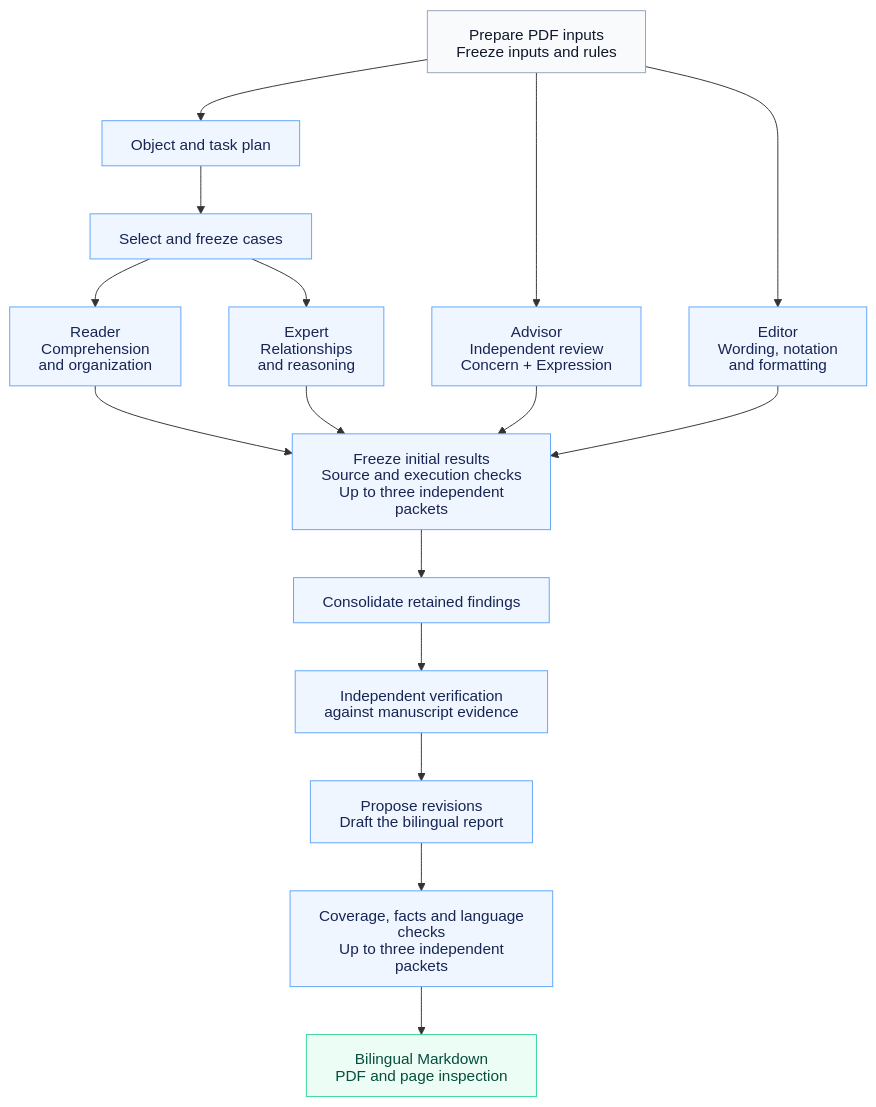
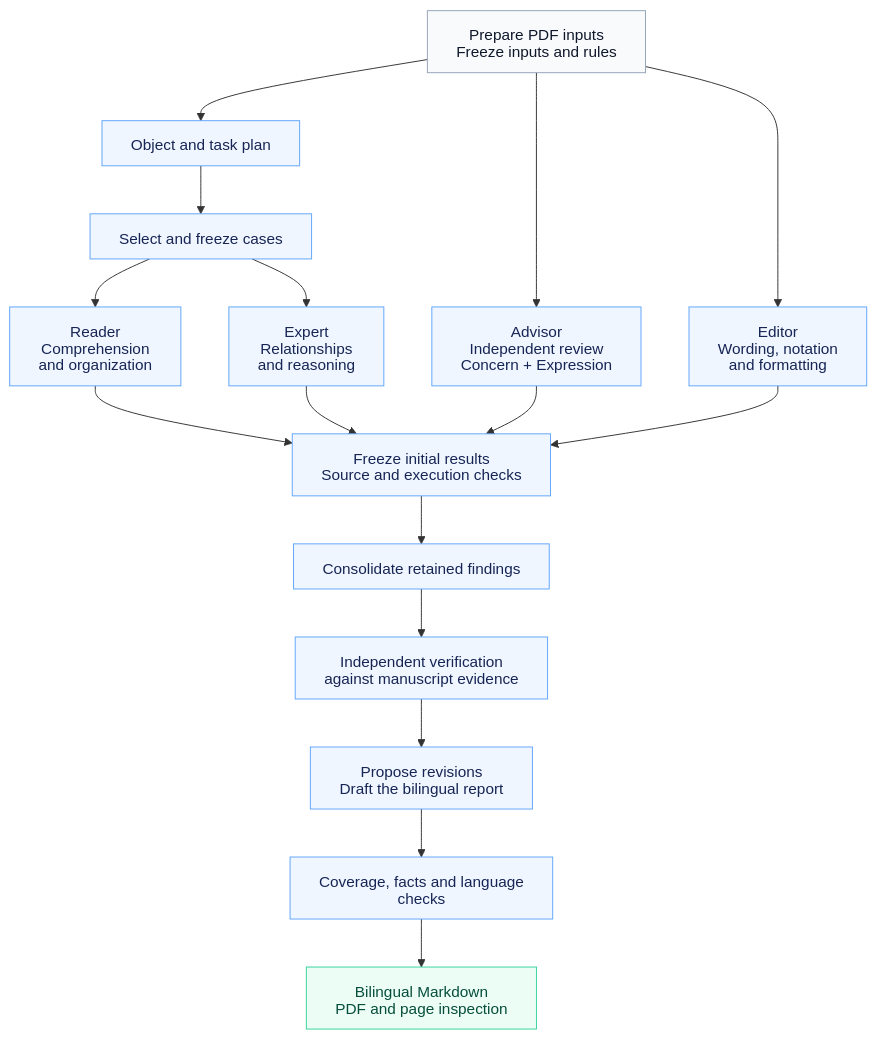
One commit to stevenyyzhang/MentorTrace changed the diagram in README.md. Above: the diagram before and after it, drawn with Mermaid. The commit also changed 1 other file, not shown here.

Commit message:
Simplify bilingual README flowcharts

````diff
--- a/README.md
+++ b/README.md
@@ -63,41 +63,41 @@
 ```mermaid
 ---
 config:
   htmlLabels: false
   flowchart:
     htmlLabels: false
     wrappingWidth: 220
 ---
 flowchart TB
     F["Prepare PDF inputs<br/>Freeze inputs and rules"]
     O["Object and task plan"]
     C["Select and freeze cases"]
     R["Reader<br/>Comprehension<br/>and organization"]
     T["Expert<br/>Relationships<br/>and reasoning"]
     A["Advisor<br/>Independent review<br/>Concern + Expression"]
     L["Editor<br/>Wording, notation<br/>and formatting"]
     M["Consolidate retained findings"]
     V["Independent verification<br/>against manuscript evidence"]
-    Q["Freeze initial results<br/>Source and execution checks<br/>Up to three independent packets"]
+    Q["Freeze initial results<br/>Source and execution checks"]
     D["Propose revisions<br/>Draft the bilingual report"]
-    B["Coverage, facts and language checks<br/>Up to three independent packets"]
+    B["Coverage, facts and language checks"]
     OUT["Bilingual Markdown<br/>PDF and page inspection"]
 
     F --> O --> C
     C --> R
     C --> T
     F ----> A
     F ----> L
     R --> Q
     T --> Q
     A --> Q
     L --> Q
     Q --> M --> V --> D --> B --> OUT
 
     classDef input fill:#f8fafc,stroke:#94a3b8,color:#0f172a;
     classDef review fill:#eff6ff,stroke:#60a5fa,color:#172554;
     classDef output fill:#ecfdf5,stroke:#34d399,color:#064e3b;
     class F input;
     class O,C,R,T,A,L,M,V,Q,D,B review;
     class OUT output;
 ```
````
